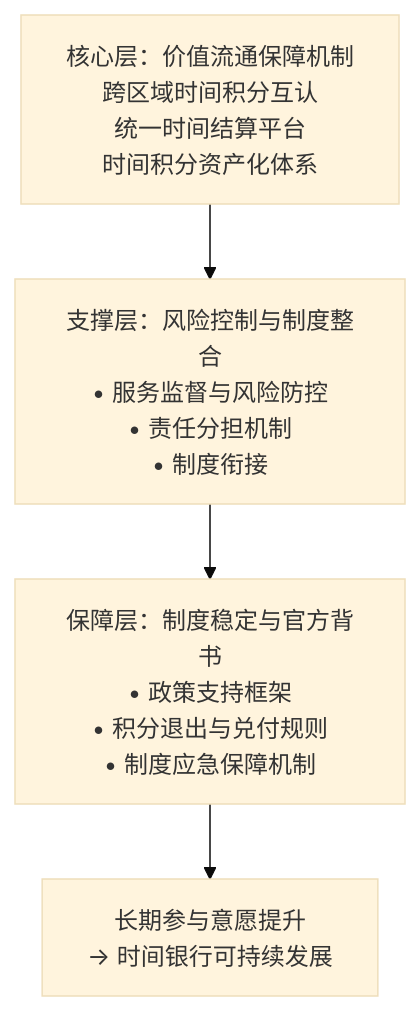
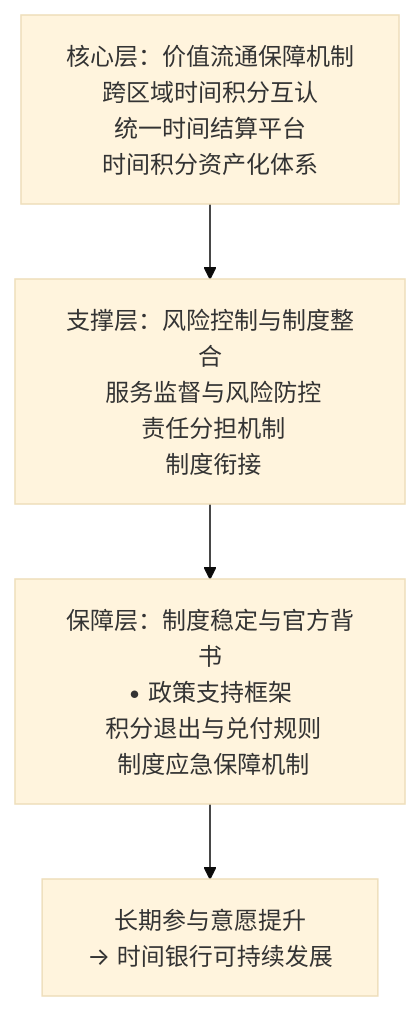
One commit to hulixiansheng2973/iodraw-files changed the diagram in all/未命名-1.md. Above: the diagram before and after it, drawn with Mermaid (base theme).

Commit message:
2026-02-25 16:21:48 update

````diff
--- a/all/未命名-1.md
+++ b/all/未命名-1.md
@@ -1,15 +1,15 @@
 ```mermaid
 graph TD
 
 A[核心层：价值流通保障机制<br/>跨区域时间积分互认<br/> 统一时间结算平台<br/>时间积分资产化体系]
 
-B[支撑层：风险控制与制度整合<br/>• 服务监督与风险防控<br/>• 责任分担机制<br/>• 制度衔接]
+B[支撑层：风险控制与制度整合<br/> 服务监督与风险防控<br/> 责任分担机制<br/> 制度衔接]
 
-C[保障层：制度稳定与官方背书<br/>• 政策支持框架<br/>• 积分退出与兑付规则<br/>• 制度应急保障机制]
+C[保障层：制度稳定与官方背书<br/>• 政策支持框架<br/> 积分退出与兑付规则<br/> 制度应急保障机制]
 
 D[长期参与意愿提升<br/>→ 时间银行可持续发展]
 
 A --> B
 B --> C
 C --> D
 ```
````
